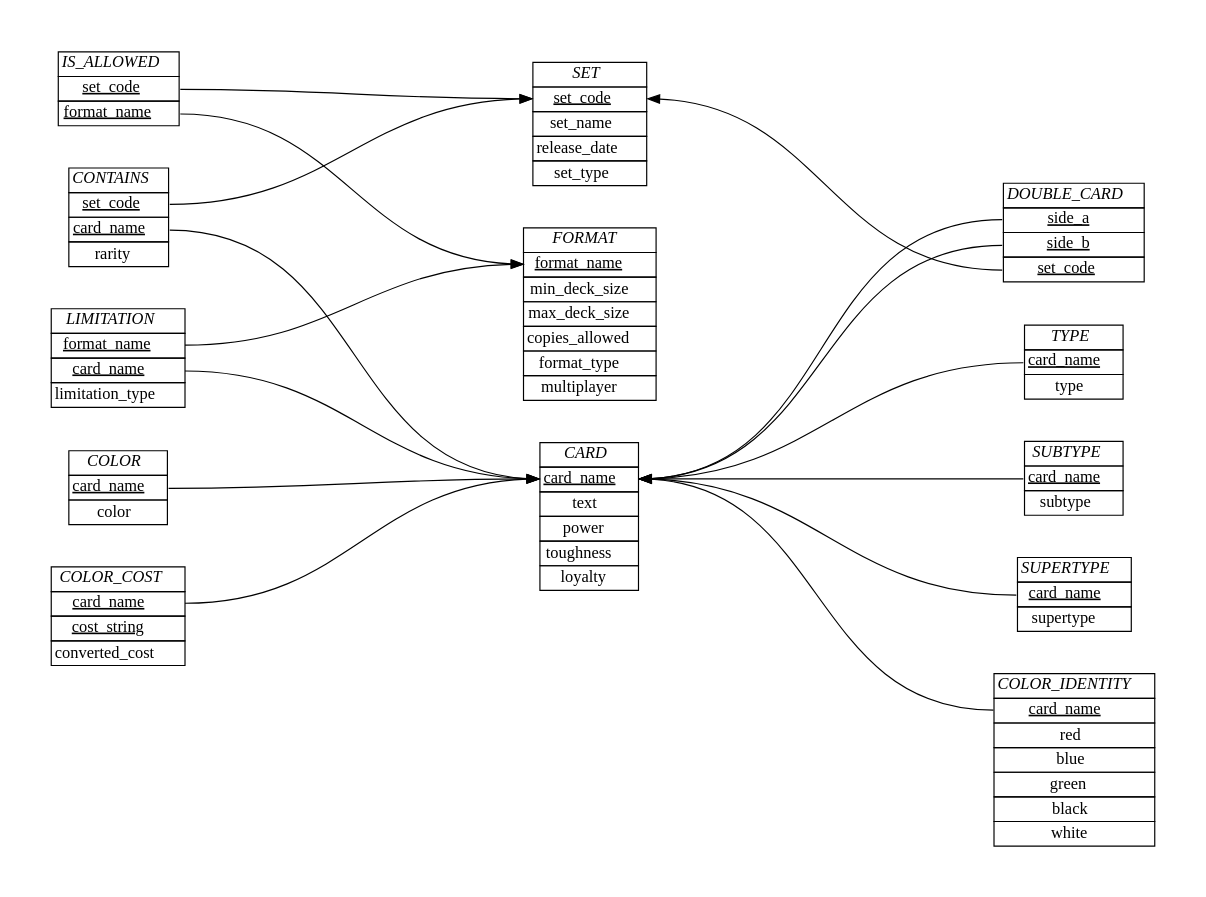
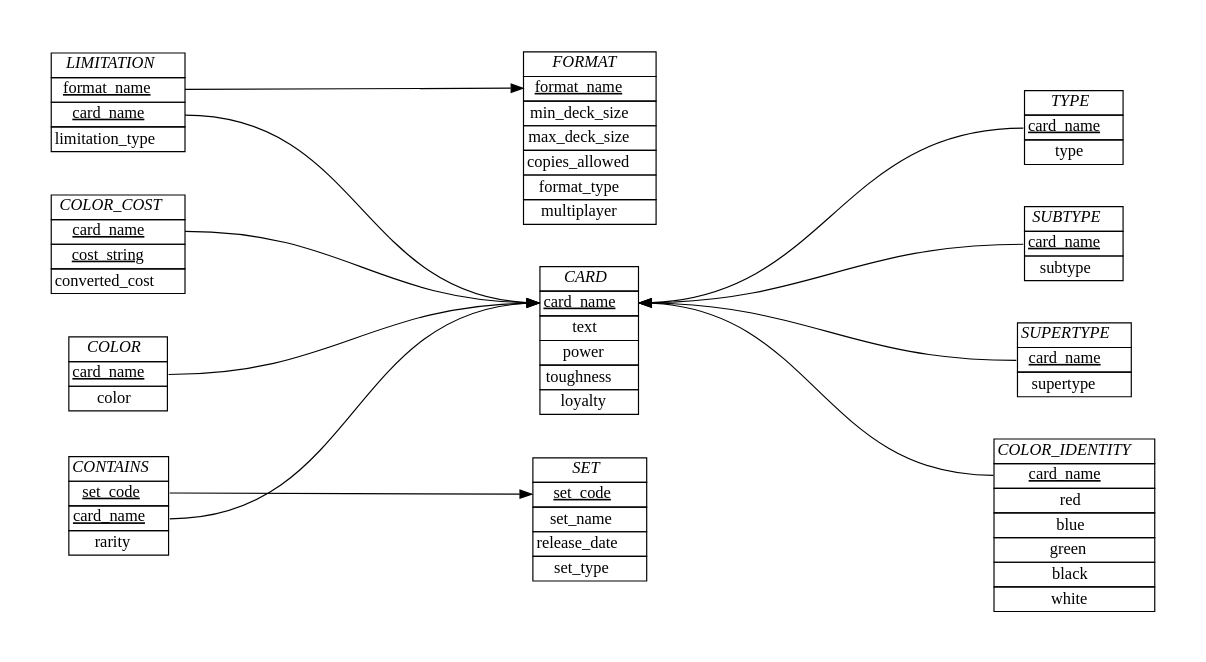
One commit to akilmarshall/trumark changed the diagram in schema/ER_diagram.dot. Above: the diagram before and after it, drawn with Graphviz. The commit also changed 4 other files, not shown here.

Commit message:
removed IS_ALLOWED and DOUBLE_CARD due to the lack of an api that exposes the information necessary to populate the tables, if such an api is found they should be restored

```diff
--- a/schema/ER_diagram.dot
+++ b/schema/ER_diagram.dot
@@ -1,140 +1,120 @@
 digraph {
     graph [splines=true, pad="0.5", nodesep="0.5", ranksep="4"];
     node [shape=plain];
     rankdir=LR; 
 
     Format [label=<
         <table border="0" cellborder="1" cellspacing="0">
         <tr><td><i>FORMAT</i></td></tr>
         <tr><td port="1"><u>format_name</u></td></tr>
         <tr><td port="2">min_deck_size</td></tr>
         <tr><td port="3">max_deck_size</td></tr>
         <tr><td port="4">copies_allowed</td></tr>
         <tr><td port="5">format_type</td></tr>
         <tr><td port="6">multiplayer</td></tr>
         </table>>];
 
     Set [label=<
         <table border="0" cellborder="1" cellspacing="0">
         <tr><td><i>SET</i></td></tr>
         <tr><td port="1"><u><font color="black">set_code</font></u></td></tr>
         <tr><td port="2"><font color="black">set_name</font></td></tr>
         <tr><td port="3">release_date</td></tr>
         <tr><td port="4">set_type</td></tr>
         </table>>];
 
     Card [label=<
         <table border="0" cellborder="1" cellspacing="0">
         <tr><td><i>CARD</i></td></tr>
         <tr><td port="1"><u><font color="black">card_name</font></u></td></tr>
         <tr><td port="2">text</td></tr>
         <tr><td port="3">power</td></tr>
         <tr><td port="4">toughness</td></tr>
         <tr><td port="5">loyalty</td></tr>
         </table>>];
 
     Contains [label=<
         <table border="0" cellborder="1" cellspacing="0">
         <tr><td><i>CONTAINS</i></td></tr>
         <tr><td port="1"><u>set_code</u></td></tr>
         <tr><td port="2"><u>card_name</u></td></tr>
         <tr><td port="3">rarity</td></tr>
-        </table>>];
-
-    Is_allowed [label=<
-        <table border="0" cellborder="1" cellspacing="0">
-        <tr><td><i>IS_ALLOWED</i></td></tr>
-        <tr><td port="1"><u>set_code</u></td></tr>
-        <tr><td port="2"><u>format_name</u></td></tr>
-        </table>>];
-
-    Double_card [label=<
-        <table border="0" cellborder="1" cellspacing="0">
-        <tr><td><i>DOUBLE_CARD</i></td></tr>
-        <tr><td port="1"><u>side_a</u></td></tr>
-        <tr><td port="2"><u>side_b</u></td></tr>
-        <tr><td port="3"><u>set_code</u></td></tr>
         </table>>];
 
     Limitation [label=< <table border="0" cellborder="1" cellspacing="0">
     <tr><td><i>LIMITATION</i></td></tr>
     <tr><td port="1"><u>format_name</u></td></tr>
     <tr><td port="2"><u>card_name</u></td></tr>
     <tr><td port="3">limitation_type</td></tr>
     </table>>];
 
     Type [label=<
         <table border="0" cellborder="1" cellspacing="0">
         <tr><td><i>TYPE</i></td></tr>
         <tr><td port="1"><u>card_name</u></td></tr>
         <tr><td port="2">type</td></tr>
         </table>>];
 
     Subtype [label=<
         <table border="0" cellborder="1" cellspacing="0">
         <tr><td><i>SUBTYPE</i></td></tr>
         <tr><td port="1"><u>card_name</u></td></tr>
         <tr><td port="2">subtype</td></tr>
         </table>>];
 
     Supertype [label=<
         <table border="0" cellborder="1" cellspacing="0">
         <tr><td><i>SUPERTYPE</i></td></tr>
         <tr><td port="1"><u>card_name</u></td></tr>
         <tr><td port="2">supertype</td></tr>
         </table>>];
 
     Color_identity [label=<
         <table border="0" cellborder="1" cellspacing="0">
         <tr><td><i>COLOR_IDENTITY</i></td></tr>
         <tr><td port="1"><u>card_name</u></td></tr>
         <tr><td port="2">red</td></tr>
         <tr><td port="3">blue</td></tr>
         <tr><td port="4">green</td></tr>
         <tr><td port="5">black</td></tr>
         <tr><td port="6">white</td></tr>
         </table>>];
 
     Color_cost [label=<
         <table border="0" cellborder="1" cellspacing="0">
         <tr><td><i>COLOR_COST</i></td></tr>
         <tr><td port="1"><u>card_name</u></td></tr>
         <tr><td port="2"><u>cost_string</u></td></tr>
         <tr><td port="9">converted_cost</td></tr>
         </table>>];
 
     Color [label=<
         <table border="0" cellborder="1" cellspacing="0">
         <tr><td><i>COLOR</i></td></tr>
         <tr><td port="1"><u>card_name</u></td></tr>
         <tr><td port="2">color</td></tr>
         </table>>];
 
-    Is_allowed:1 -> Set:1 [color=black];
-    Is_allowed:2 -> Format:1;
 
     Contains:1 -> Set:1 [color=black];
     Contains:2 -> Card:1;
 
     Limitation:1 -> Format:1;
     Limitation:2 -> Card:1;
 
     Color:1 -> Card:1;
 
     Color_cost:1 -> Card:1;
 
     edge [dir="back"];
 
-    Card:1 -> Double_card:1;
-    Card:1 -> Double_card:2;
-    Set:1 -> Double_card:3;
 
 
     Card:1 -> Subtype:1;
 
     Card:1 -> Type:1;
 
     Card:1 -> Supertype:1 ;
 
     Card:1 -> Color_identity:1;
 }
```
